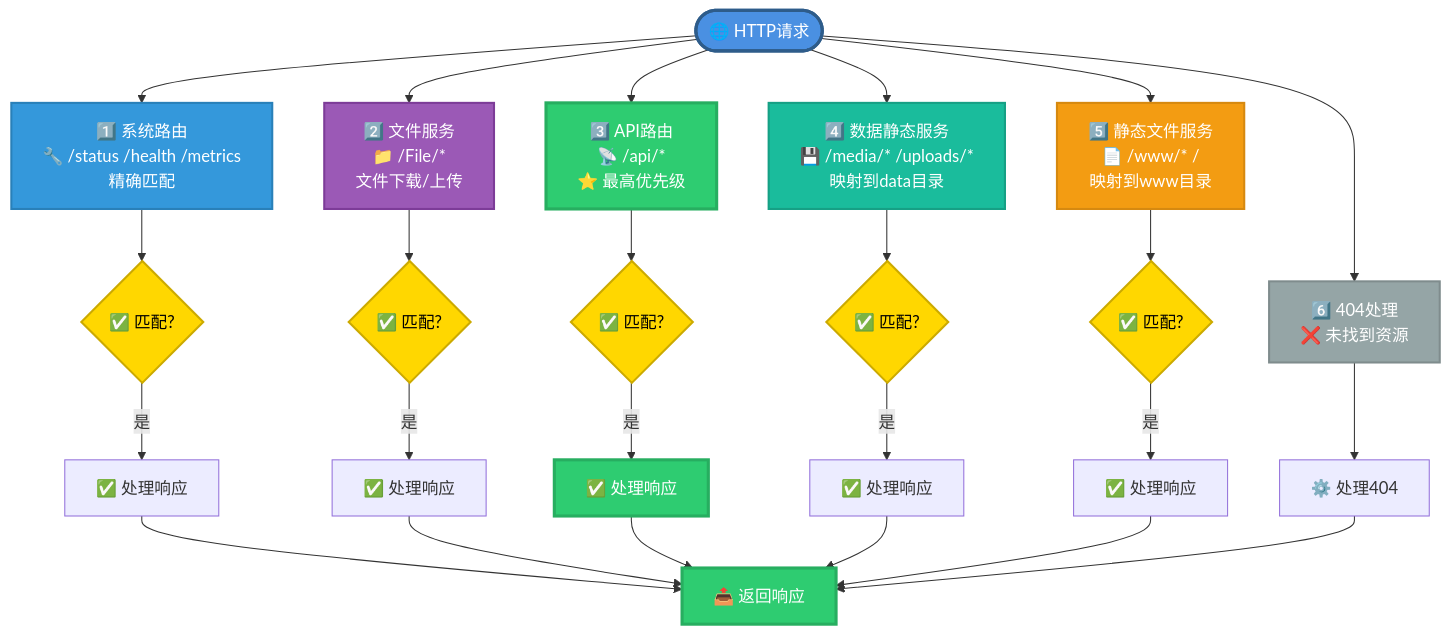
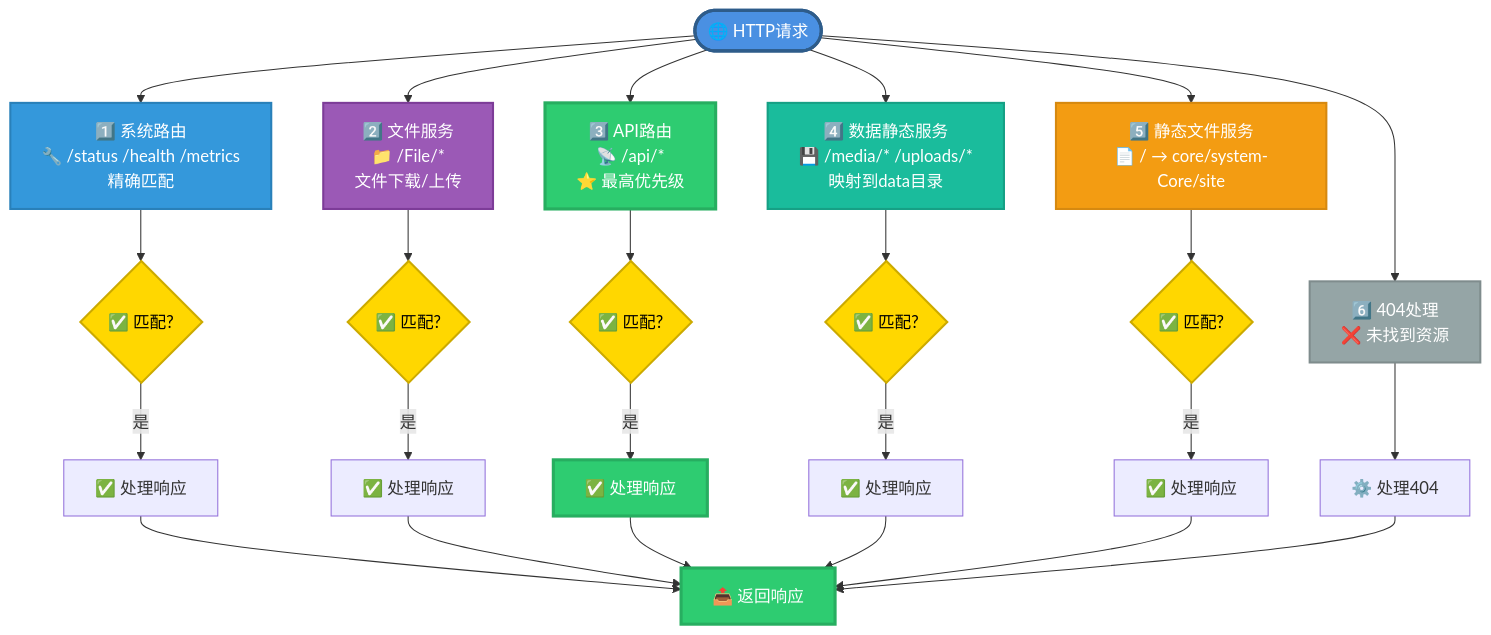
The seventh of 9 diagrams in docs/agent-runtime.md (sunflowermm/XRK-AGT), drawn with Mermaid before and after one commit. The commit also changed 68 other files, not shown here.

````diff
--- a/docs/agent-runtime.md
+++ b/docs/agent-runtime.md
@@ -421,44 +421,44 @@
 ```mermaid
 flowchart TB
     Request(["🌐 HTTP请求"]) --> Priority1["1️⃣ 系统路由<br/>🔧 /status /health /metrics<br/>精确匹配"]
     Request --> Priority2["2️⃣ 文件服务<br/>📁 /File/*<br/>文件下载/上传"]
     Request --> Priority3["3️⃣ API路由<br/>📡 /api/*<br/>⭐ 最高优先级"]
     Request --> Priority4["4️⃣ 数据静态服务<br/>💾 /media/* /uploads/*<br/>映射到data目录"]
-    Request --> Priority5["5️⃣ 静态文件服务<br/>📄 /www/* /<br/>映射到www目录"]
+    Request --> Priority5["5️⃣ 静态文件服务<br/>📄 / → core/system-Core/site"]
     Request --> Priority6["6️⃣ 404处理<br/>❌ 未找到资源"]
     
     Priority1 --> Match1{"✅ 匹配?"}
     Priority2 --> Match2{"✅ 匹配?"}
     Priority3 --> Match3{"✅ 匹配?"}
     Priority4 --> Match4{"✅ 匹配?"}
     Priority5 --> Match5{"✅ 匹配?"}
     Priority6 --> Match6["⚙️ 处理404"]
     
     Match1 -->|"是"| Handler1["✅ 处理响应"]
     Match2 -->|"是"| Handler2["✅ 处理响应"]
     Match3 -->|"是"| Handler3["✅ 处理响应"]
     Match4 -->|"是"| Handler4["✅ 处理响应"]
     Match5 -->|"是"| Handler5["✅ 处理响应"]
     
     Handler1 --> Response["📤 返回响应"]
     Handler2 --> Response
     Handler3 --> Response
     Handler4 --> Response
     Handler5 --> Response
     Match6 --> Response
     
     style Request fill:#4A90E2,stroke:#2E5C8A,stroke-width:3px,color:#fff
     style Priority1 fill:#3498DB,stroke:#2980B9,stroke-width:2px,color:#fff
     style Priority2 fill:#9B59B6,stroke:#7D3C98,stroke-width:2px,color:#fff
     style Priority3 fill:#2ECC71,stroke:#27AE60,stroke-width:3px,color:#fff
     style Priority4 fill:#1ABC9C,stroke:#16A085,stroke-width:2px,color:#fff
     style Priority5 fill:#F39C12,stroke:#D68910,stroke-width:2px,color:#fff
     style Priority6 fill:#95A5A6,stroke:#7F8C8D,stroke-width:2px,color:#fff
     style Match1 fill:#FFD700,stroke:#CCAA00,stroke-width:2px,color:#000
     style Match2 fill:#FFD700,stroke:#CCAA00,stroke-width:2px,color:#000
     style Match3 fill:#FFD700,stroke:#CCAA00,stroke-width:2px,color:#000
     style Match4 fill:#FFD700,stroke:#CCAA00,stroke-width:2px,color:#000
     style Match5 fill:#FFD700,stroke:#CCAA00,stroke-width:2px,color:#000
     style Handler3 fill:#2ECC71,stroke:#27AE60,stroke-width:3px,color:#fff
     style Response fill:#2ECC71,stroke:#27AE60,stroke-width:3px,color:#fff
 ```
````
